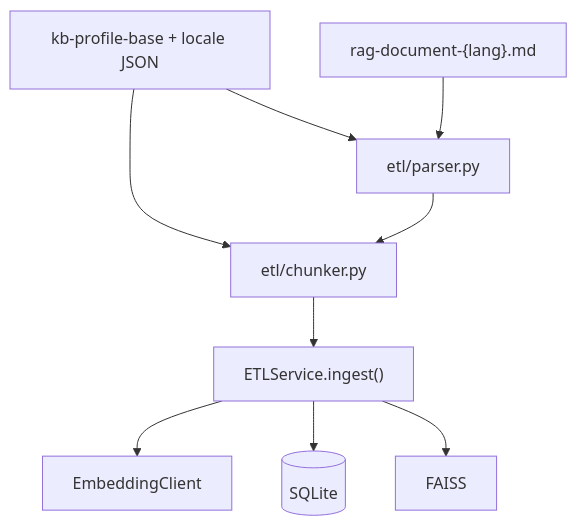
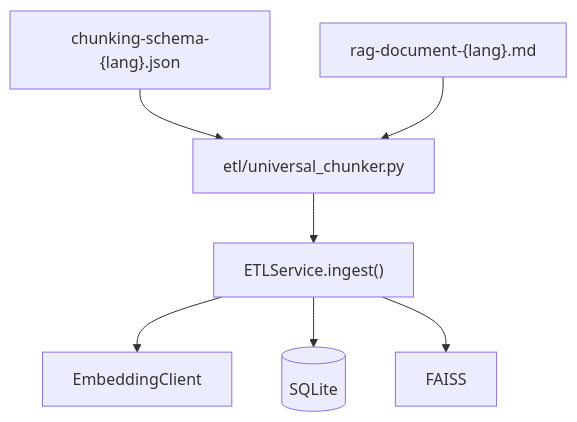
Before and after one commit to Dmitry178/avia-rag-bot: the second of 4 diagrams in docs/ARCHITECTURE.md, drawn with Mermaid. The commit also changed other lines of this file and 1 other file, not shown here.

Commit message:
Replace profile-based ETL with schema-driven architecture

````diff
--- a/docs/ARCHITECTURE.md
+++ b/docs/ARCHITECTURE.md
@@ -160,18 +160,16 @@
 ```mermaid
 flowchart TB
     MD["rag-document-{lang}.md"]
-    PROF["kb-profile-base + locale JSON"]
-    P["etl/parser.py"]
-    C["etl/chunker.py"]
+    SCH["chunking-schema-{lang}.json"]
+    C["etl/universal_chunker.py"]
     S["ETLService.ingest()"]
     E["EmbeddingClient"]
     DB[("SQLite")]
     F["FAISS"]
 
-    PROF --> P
-    PROF --> C
-    MD --> P --> C --> S
+    SCH --> C
+    MD --> C --> S
     S --> E
     S --> DB
     S --> F
 ```
````
